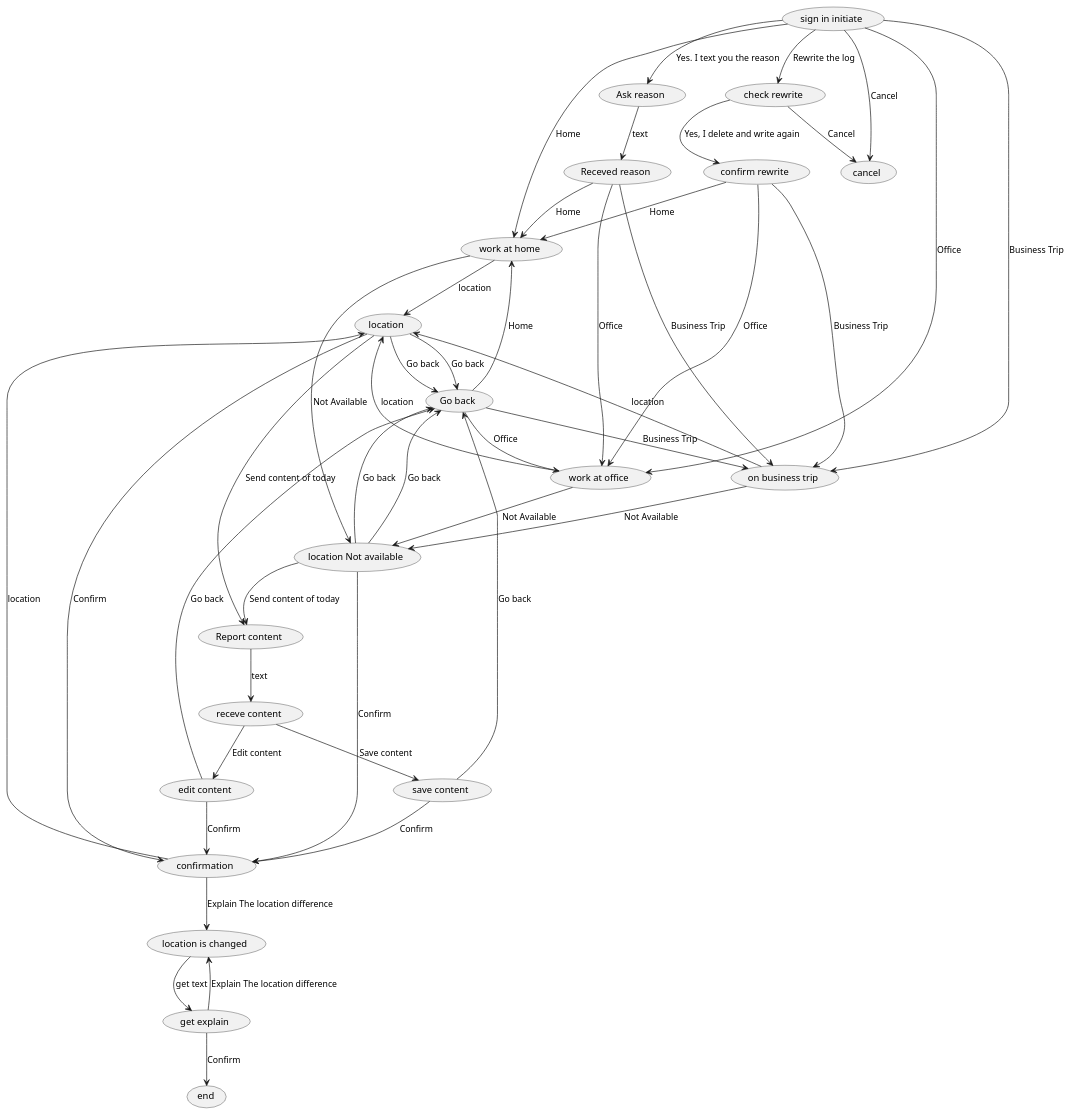
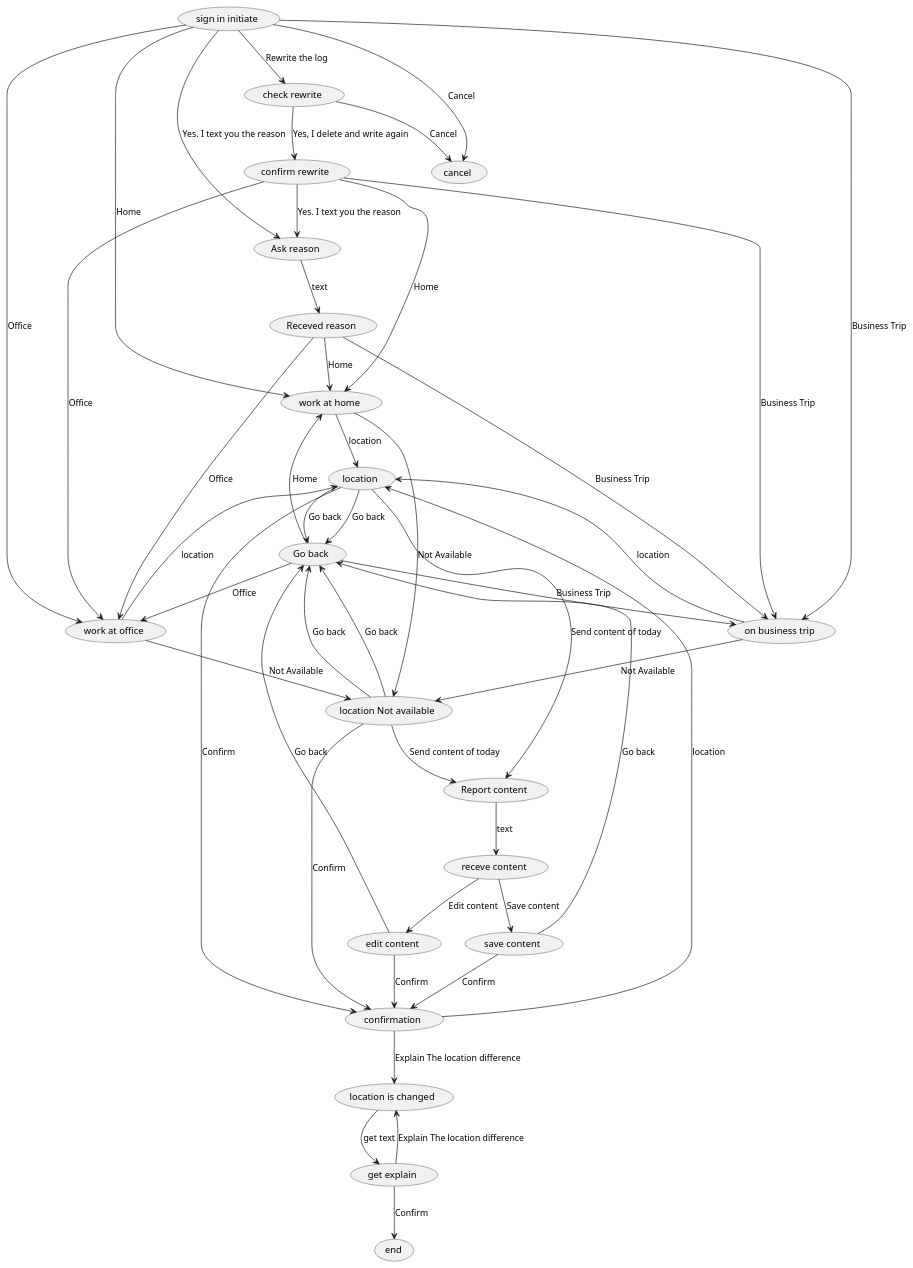
The diagram in telegram_bot/diagrams/tree_sign_in.wsd (JunDamin/telegram_bot_with_django), drawn with PlantUML before and after one commit. The commit also changed 5 other files, not shown here.

```diff
--- a/telegram_bot/diagrams/tree_sign_in.wsd
+++ b/telegram_bot/diagrams/tree_sign_in.wsd
@@ -1,48 +1,49 @@
 @startuml
 'default
 top to bottom direction
 (sign in initiate) --> (work at home): Home
 (sign in initiate) --> (work at office): Office
 (sign in initiate) --> (on business trip): Business Trip
 (sign in initiate) --> (check rewrite): Rewrite the log
 (sign in initiate) --> (cancel): Cancel
 (sign in initiate) --> (Ask reason): Yes. I text you the reason
 (work at home) --> (location): location
 (work at home) --> (location Not available): Not Available
 (location) --> (confirmation): Confirm
 (location) --> (Go back): Go back
 (location) --> (Report content): Send content of today
 (location) --> (Go back): Go back
 (confirmation) --> (location is changed): Explain The location difference
 (confirmation) --> (location): location
 (location is changed) --> (get explain): get text
 (get explain) --> (end): Confirm
 (get explain) --> (location is changed): Explain The location difference
 (Go back) --> (work at home): Home
 (Go back) --> (work at office): Office
 (Go back) --> (on business trip): Business Trip
 (work at office) --> (location): location
 (work at office) --> (location Not available): Not Available
 (location Not available) --> (confirmation): Confirm
 (location Not available) --> (Go back): Go back
 (location Not available) --> (Report content): Send content of today
 (location Not available) --> (Go back): Go back
 (Report content) --> (receve content): text
 (receve content) --> (save content): Save content
 (receve content) --> (edit content): Edit content
 (save content) --> (confirmation): Confirm
 (save content) --> (Go back): Go back
 (edit content) --> (confirmation): Confirm
 (edit content) --> (Go back): Go back
 (on business trip) --> (location): location
 (on business trip) --> (location Not available): Not Available
 (check rewrite) --> (confirm rewrite): Yes, I delete and write again
 (check rewrite) --> (cancel): Cancel
 (confirm rewrite) --> (work at home): Home
 (confirm rewrite) --> (work at office): Office
 (confirm rewrite) --> (on business trip): Business Trip
+(confirm rewrite) --> (Ask reason): Yes. I text you the reason
 (Ask reason) --> (Receved reason): text
 (Receved reason) --> (work at home): Home
 (Receved reason) --> (work at office): Office
 (Receved reason) --> (on business trip): Business Trip
 @enduml
```
